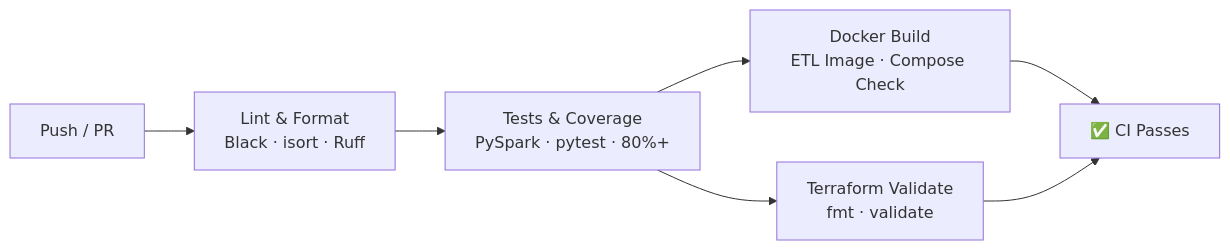
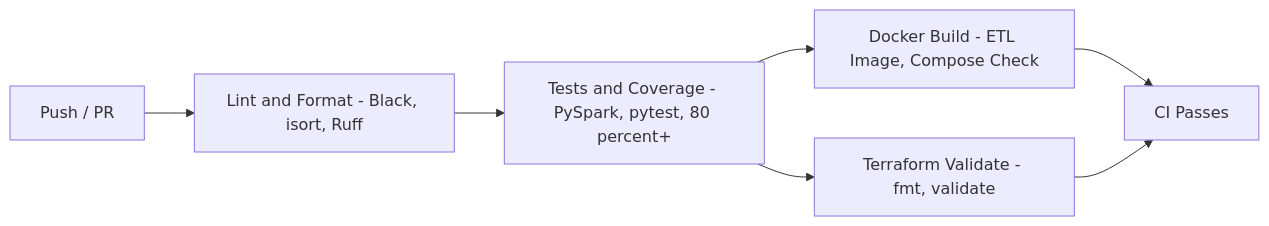
One commit to ojeshwigautam/DataLakehouse-Platform changed the fifth of 7 diagrams in README.md. Above: the diagram before and after it, drawn with Mermaid. The commit also changed other lines of this file and 3 other files, not shown here.

Commit message:
docs: add comprehensive project documentation and architecture guides

````diff
--- a/README.md
+++ b/README.md
@@ -720,9 +727,10 @@
 ```mermaid
+%%{init: {"flowchart": {"htmlLabels": false}} }%%
 flowchart LR
-    PUSH[Push / PR] --> LINT[Lint & Format<br/>Black · isort · Ruff]
-    LINT --> TEST[Tests & Coverage<br/>PySpark · pytest · 80%+]
-    TEST --> DOCKER[Docker Build<br/>ETL Image · Compose Check]
-    TEST --> TF[Terraform Validate<br/>fmt · validate]
-    DOCKER --> PASS[✅ CI Passes]
+    PUSH[Push / PR] --> LINT[Lint and Format - Black, isort, Ruff]
+    LINT --> TEST[Tests and Coverage - PySpark, pytest, 80 percent+]
+    TEST --> DOCKER[Docker Build - ETL Image, Compose Check]
+    TEST --> TF[Terraform Validate - fmt, validate]
+    DOCKER --> PASS[CI Passes]
     TF --> PASS
 ```
````
